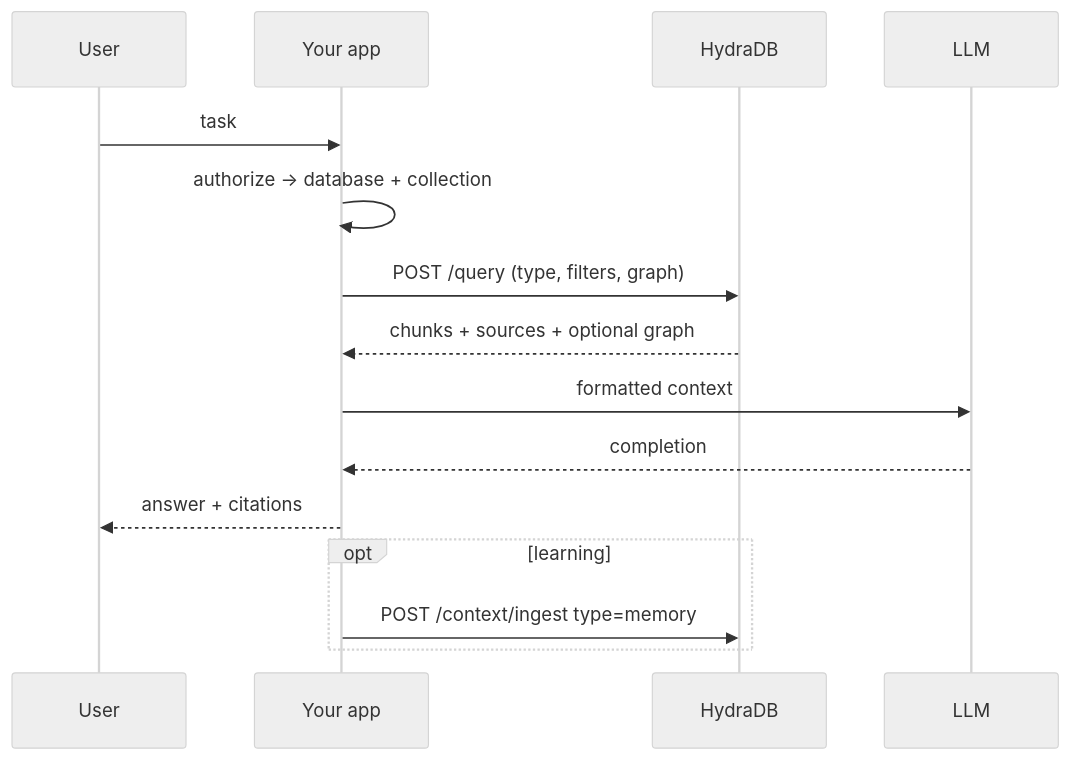
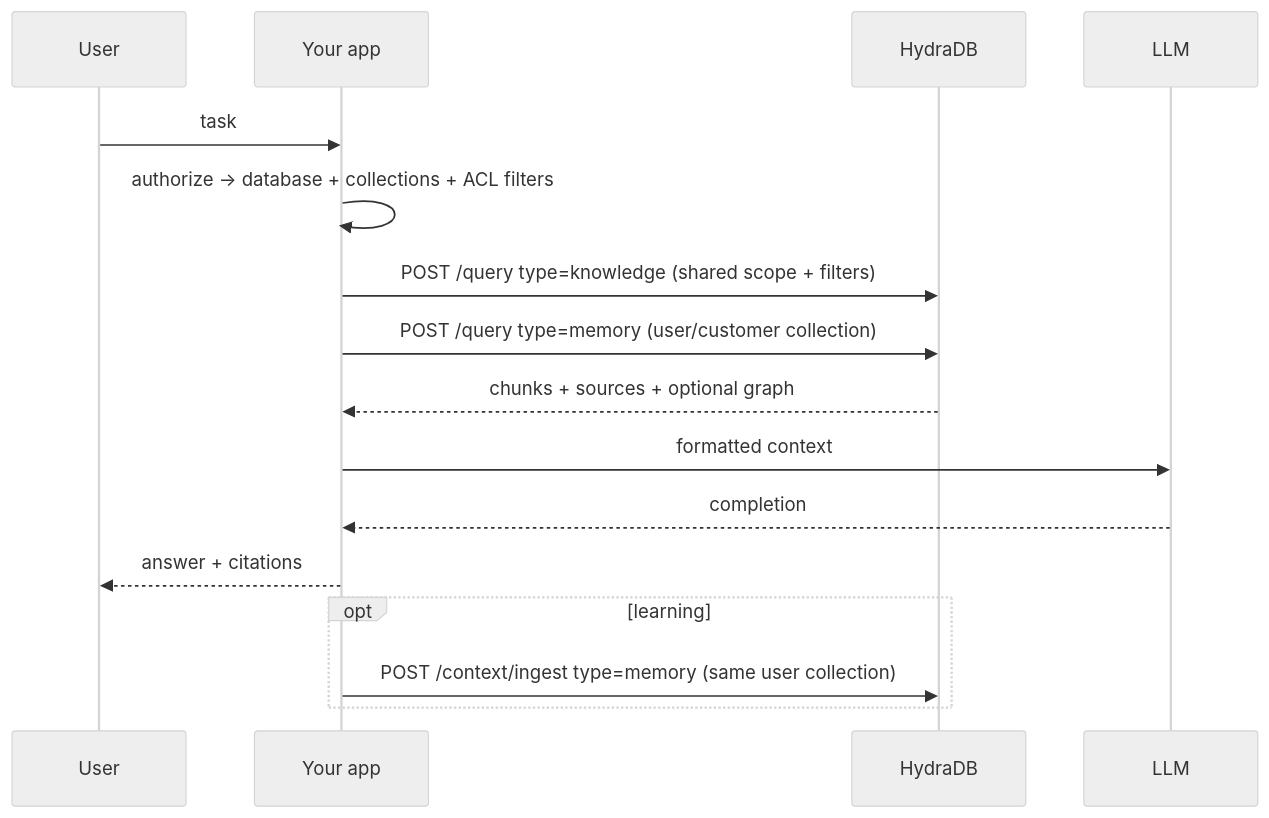
One commit to hydra-db/mintlify-docs changed the eighth of 8 diagrams in essentials/v2/context-architecture/production-examples.mdx. Above: the diagram before and after it, drawn with Mermaid (neutral theme). The commit also changed other lines of this file and 7 other files, not shown here.

First line of the commit message:
docs(v2): fix playbook collection scope and Slack ACL guidance

````diff
--- a/essentials/v2/context-architecture/production-examples.mdx
+++ b/essentials/v2/context-architecture/production-examples.mdx
@@ -250,18 +260,19 @@
 ```mermaid
 sequenceDiagram
   participant U as User
   participant A as Your app
   participant H as HydraDB
   participant L as LLM
 
   U->>A: task
-  A->>A: authorize → database + collection
-  A->>H: POST /query (type, filters, graph)
+  A->>A: authorize → database + collections + ACL filters
+  A->>H: POST /query type=knowledge (shared scope + filters)
+  A->>H: POST /query type=memory (user/customer collection)
   H-->>A: chunks + sources + optional graph
   A->>L: formatted context
   L-->>A: completion
   A-->>U: answer + citations
   opt learning
-    A->>H: POST /context/ingest type=memory
+    A->>H: POST /context/ingest type=memory (same user collection)
   end
 ```
````
